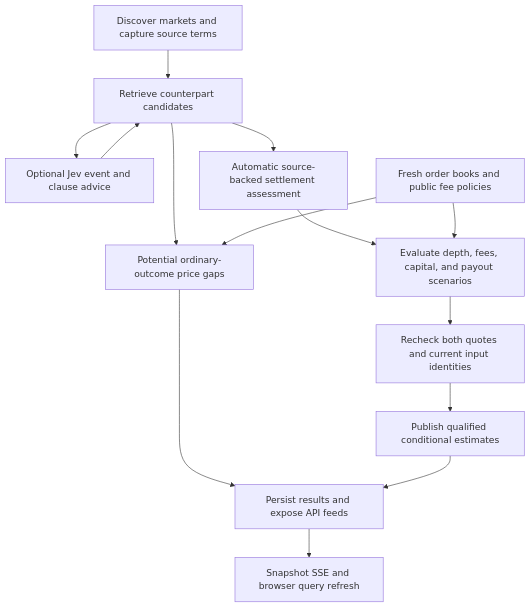
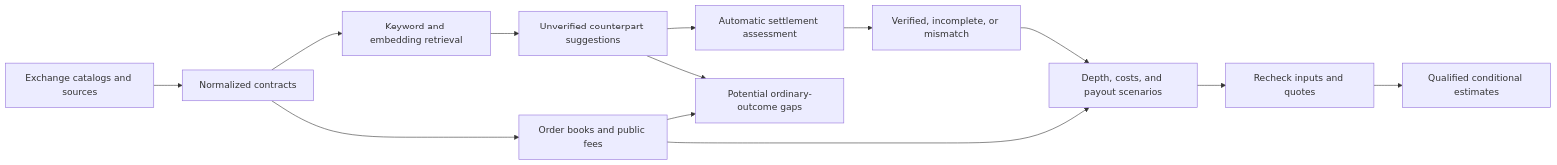
One commit to acheng2007/arbbot changed the diagram in README.md. Above: the diagram before and after it, drawn with Mermaid. The commit also changed other lines of this file, not shown here.

````diff
--- a/README.md
+++ b/README.md
@@ -32,16 +38,15 @@
 ```mermaid
-flowchart TD
-    A[Discover markets and capture source terms] --> B[Retrieve counterpart candidates]
-    B --> J[Optional Jev event and clause advice]
-    J --> B
-    B --> C[Automatic source-backed settlement assessment]
-    B --> P[Potential ordinary-outcome price gaps]
-    C --> D[Evaluate depth, fees, capital, and payout scenarios]
-    Q[Fresh order books and public fee policies] --> P
-    Q --> D
-    D --> E[Recheck both quotes and current input identities]
-    E --> F[Publish qualified conditional estimates]
-    P --> API[Persist results and expose API feeds]
-    F --> API
-    API --> UI[Snapshot SSE and browser query refresh]
+flowchart LR
+    A[Exchange catalogs and sources] --> B[Normalized contracts]
+    B --> C[Keyword and embedding retrieval]
+    C --> D[Unverified counterpart suggestions]
+    D --> E[Automatic settlement assessment]
+    E --> F[Verified, incomplete, or mismatch]
+    B --> G[Order books and public fees]
+    D --> H[Potential ordinary-outcome gaps]
+    G --> H
+    F --> I[Depth, costs, and payout scenarios]
+    G --> I
+    I --> J[Recheck inputs and quotes]
+    J --> K[Qualified conditional estimates]
 ```
````
